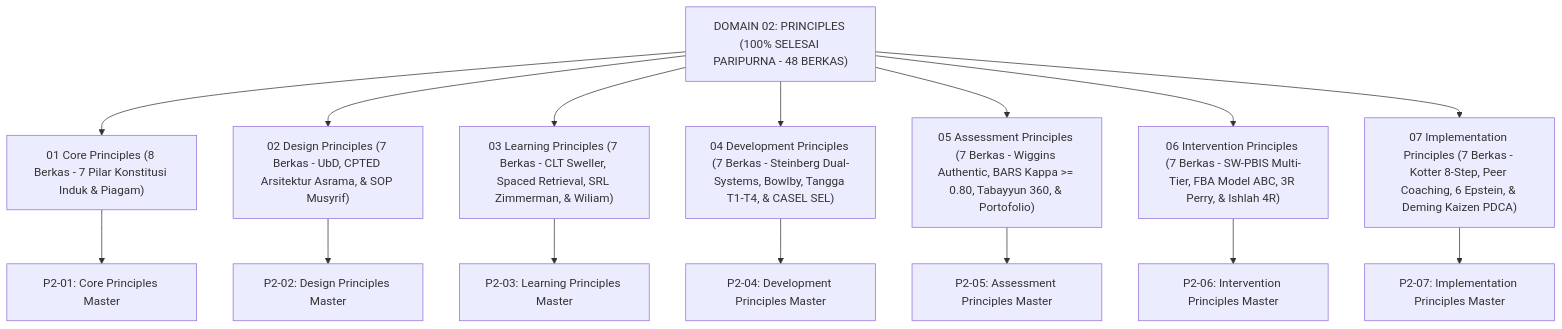
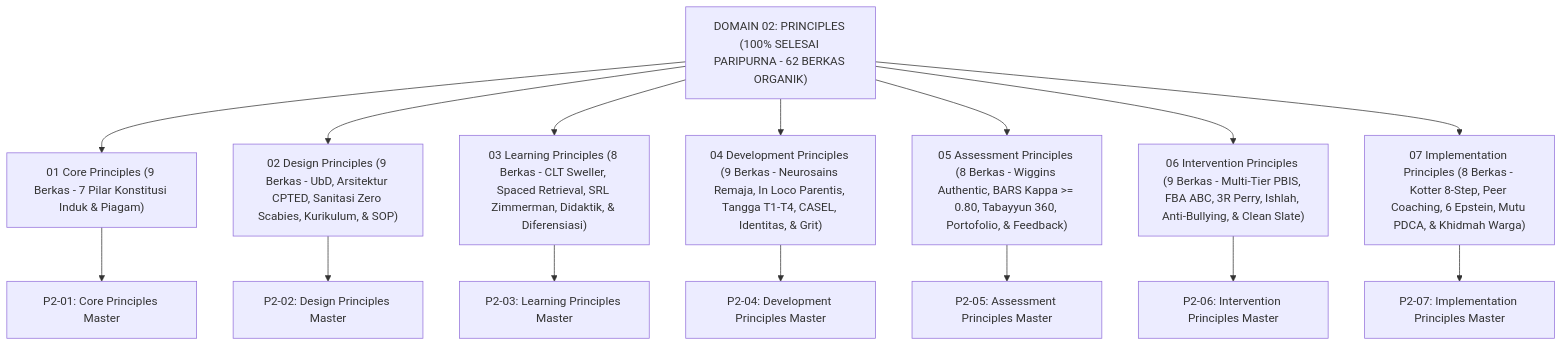
One commit to wandiapriliyandi/tumbuh changed the diagram in 02 Principles/README.md. Above: the diagram before and after it, drawn with Mermaid. The commit also changed other lines of this file and 32 other files, not shown here.

Commit message:
feat(principles): expand organically Domain 02 Principles with non-uniform deep monographs (62 files total, max 10/sub-domain)

````diff
--- a/02 Principles/README.md
+++ b/02 Principles/README.md
@@ -14,20 +14,20 @@
 ```mermaid
 graph TD
-    Principles["DOMAIN 02: PRINCIPLES (100% SELESAI PARIPURNA - 48 BERKAS)"]
+    Principles["DOMAIN 02: PRINCIPLES (100% SELESAI PARIPURNA - 62 BERKAS ORGANIK)"]
     
-    Principles --> SD1["01 Core Principles (8 Berkas - 7 Pilar Konstitusi Induk & Piagam)"]
-    Principles --> SD2["02 Design Principles (7 Berkas - UbD, CPTED Arsitektur Asrama, & SOP Musyrif)"]
-    Principles --> SD3["03 Learning Principles (7 Berkas - CLT Sweller, Spaced Retrieval, SRL Zimmerman, & Wiliam)"]
-    Principles --> SD4["04 Development Principles (7 Berkas - Steinberg Dual-Systems, Bowlby, Tangga T1-T4, & CASEL SEL)"]
-    Principles --> SD5["05 Assessment Principles (7 Berkas - Wiggins Authentic, BARS Kappa >= 0.80, Tabayyun 360, & Portofolio)"]
-    Principles --> SD6["06 Intervention Principles (7 Berkas - SW-PBIS Multi-Tier, FBA Model ABC, 3R Perry, & Ishlah 4R)"]
-    Principles --> SD7["07 Implementation Principles (7 Berkas - Kotter 8-Step, Peer Coaching, 6 Epstein, & Deming Kaizen PDCA)"]
+    Principles --> SD1["01 Core Principles (9 Berkas - 7 Pilar Konstitusi Induk & Piagam)"]
+    Principles --> SD2["02 Design Principles (9 Berkas - UbD, Arsitektur CPTED, Sanitasi Zero Scabies, Kurikulum, & SOP)"]
+    Principles --> SD3["03 Learning Principles (8 Berkas - CLT Sweller, Spaced Retrieval, SRL Zimmerman, Didaktik, & Diferensiasi)"]
+    Principles --> SD4["04 Development Principles (9 Berkas - Neurosains Remaja, In Loco Parentis, Tangga T1-T4, CASEL, Identitas, & Grit)"]
+    Principles --> SD5["05 Assessment Principles (8 Berkas - Wiggins Authentic, BARS Kappa >= 0.80, Tabayyun 360, Portofolio, & Feedback)"]
+    Principles --> SD6["06 Intervention Principles (9 Berkas - Multi-Tier PBIS, FBA ABC, 3R Perry, Ishlah, Anti-Bullying, & Clean Slate)"]
+    Principles --> SD7["07 Implementation Principles (8 Berkas - Kotter 8-Step, Peer Coaching, 6 Epstein, Mutu PDCA, & Khidmah Warga)"]
     
     SD1 --> M1["P2-01: Core Principles Master"]
     SD2 --> M2["P2-02: Design Principles Master"]
     SD3 --> M3["P2-03: Learning Principles Master"]
     SD4 --> M4["P2-04: Development Principles Master"]
     SD5 --> M5["P2-05: Assessment Principles Master"]
     SD6 --> M6["P2-06: Intervention Principles Master"]
     SD7 --> M7["P2-07: Implementation Principles Master"]
 ```
````
